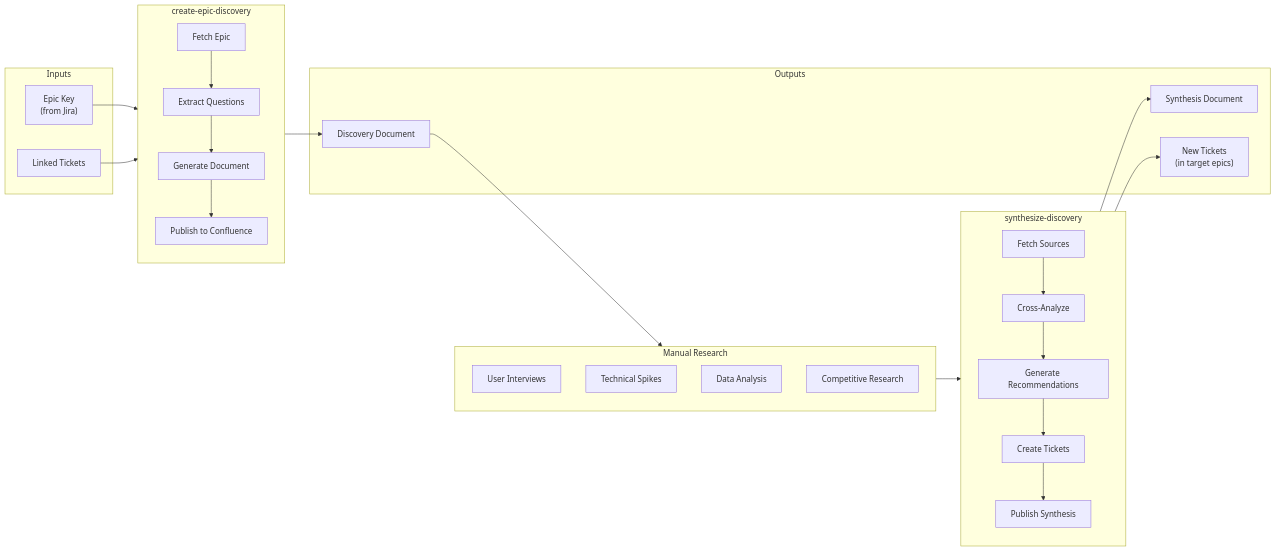
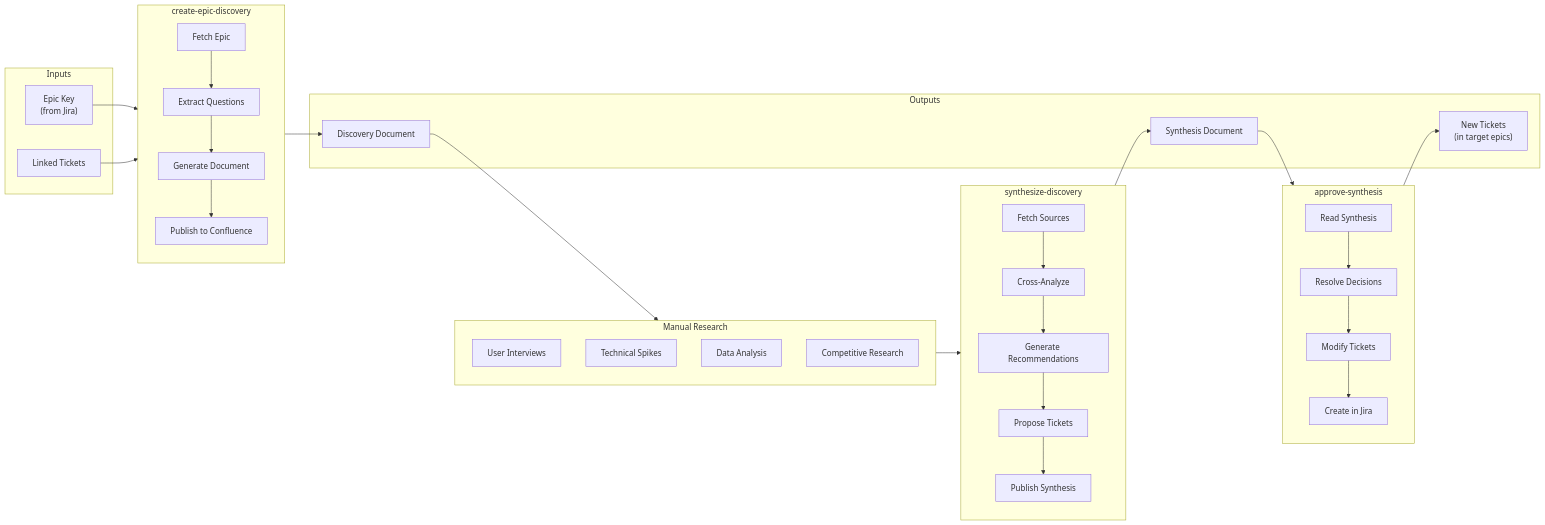
One commit to Jeffallan/claude-skills changed the second of 5 diagrams in docs/WORKFLOW_COMMANDS.md. Above: the diagram before and after it, drawn with Mermaid. The commit also changed other lines of this file and 10 other files, not shown here.

````diff
--- a/docs/WORKFLOW_COMMANDS.md
+++ b/docs/WORKFLOW_COMMANDS.md
@@ -102,50 +105,61 @@
 ```mermaid
 flowchart LR
     subgraph Inputs
         EK["Epic Key<br/>(from Jira)"]
         JT["Linked Tickets"]
     end
 
     subgraph CreateDiscovery["create-epic-discovery"]
         direction TB
         FE["Fetch Epic"]
         EQ["Extract Questions"]
         GD["Generate Document"]
         PD["Publish to Confluence"]
 
         FE --> EQ --> GD --> PD
     end
 
     subgraph ManualWork["Manual Research"]
         direction TB
         UI["User Interviews"]
         TS["Technical Spikes"]
         DA["Data Analysis"]
         CR["Competitive Research"]
     end
 
     subgraph Synthesize["synthesize-discovery"]
         direction TB
         FS["Fetch Sources"]
         CA["Cross-Analyze"]
         GR["Generate Recommendations"]
-        TC["Create Tickets"]
+        PT["Propose Tickets"]
         PS["Publish Synthesis"]
 
-        FS --> CA --> GR --> TC --> PS
+        FS --> CA --> GR --> PT --> PS
+    end
+
+    subgraph Approve["approve-synthesis"]
+        direction TB
+        RS["Read Synthesis"]
+        RD["Resolve Decisions"]
+        MT["Modify Tickets"]
+        CT["Create in Jira"]
+
+        RS --> RD --> MT --> CT
     end
 
     subgraph Outputs
         DD["Discovery Document"]
         SD["Synthesis Document"]
         NT["New Tickets<br/>(in target epics)"]
     end
 
     EK --> CreateDiscovery
     JT --> CreateDiscovery
     CreateDiscovery --> DD
     DD --> ManualWork
     ManualWork --> Synthesize
     Synthesize --> SD
-    Synthesize --> NT
+    SD --> Approve
+    Approve --> NT
 ```
````
